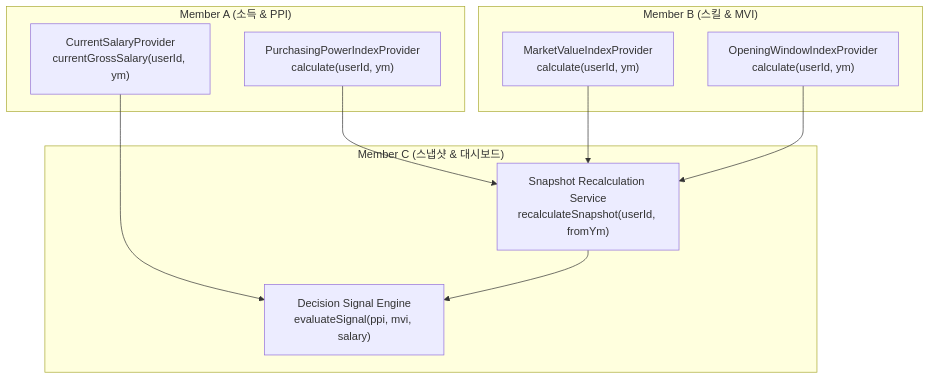
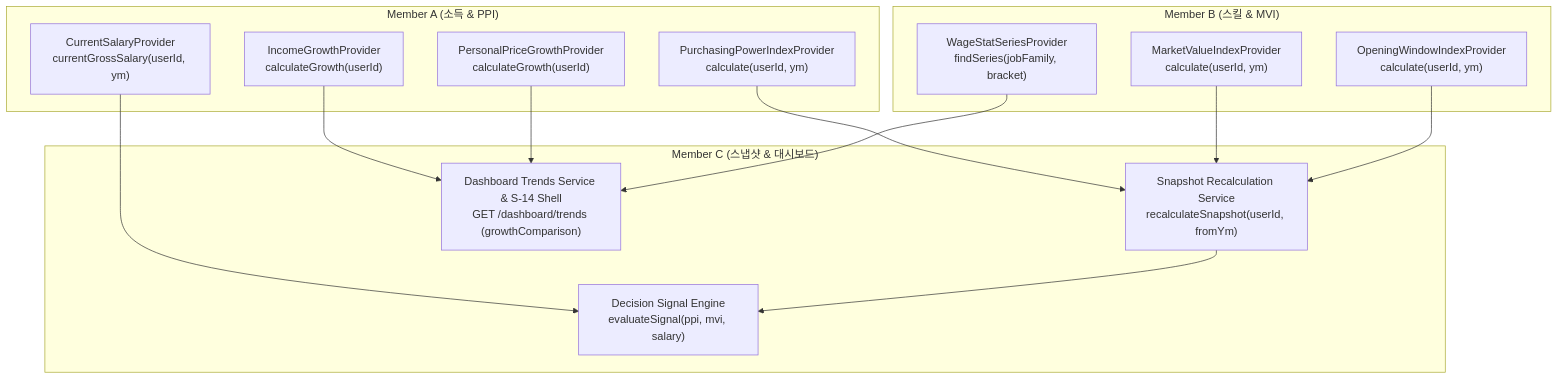
Before and after one commit to SeoHyeokGyu/Carix: the second of 2 diagrams in docs/plans/carix-dev-plan.md, drawn with Mermaid. The commit also changed other lines of this file and 1 other file, not shown here.

````diff
--- a/docs/plans/carix-dev-plan.md
+++ b/docs/plans/carix-dev-plan.md
@@ -179,23 +180,30 @@
 ```mermaid
 flowchart TD
     subgraph MemberA ["Member A (소득 & PPI)"]
         PPI_OUT["PurchasingPowerIndexProvider<br>calculate(userId, ym)"]
         SAL_OUT["CurrentSalaryProvider<br>currentGrossSalary(userId, ym)"]
+        GROWTH_OUT["IncomeGrowthProvider<br>calculateGrowth(userId)"]
+        PRICE_GROWTH_OUT["PersonalPriceGrowthProvider<br>calculateGrowth(userId)"]
     end
 
     subgraph MemberB ["Member B (스킬 & MVI)"]
         MVI_OUT["MarketValueIndexProvider<br>calculate(userId, ym)"]
         OWI_OUT["OpeningWindowIndexProvider<br>calculate(userId, ym)"]
+        WAGE_SERIES_OUT["WageStatSeriesProvider<br>findSeries(jobFamily, bracket)"]
     end
 
     subgraph MemberC ["Member C (스냅샷 & 대시보드)"]
         SNAP_ENG["Snapshot Recalculation Service<br>recalculateSnapshot(userId, fromYm)"]
         DEC_ENG["Decision Signal Engine<br>evaluateSignal(ppi, mvi, salary)"]
+        TRENDS_ENG["Dashboard Trends Service & S-14 Shell<br>GET /dashboard/trends (growthComparison)"]
     end
 
     PPI_OUT --> SNAP_ENG
     MVI_OUT --> SNAP_ENG
     OWI_OUT --> SNAP_ENG
     SAL_OUT --> DEC_ENG
     SNAP_ENG --> DEC_ENG
+    GROWTH_OUT --> TRENDS_ENG
+    PRICE_GROWTH_OUT --> TRENDS_ENG
+    WAGE_SERIES_OUT --> TRENDS_ENG
 ```
````
